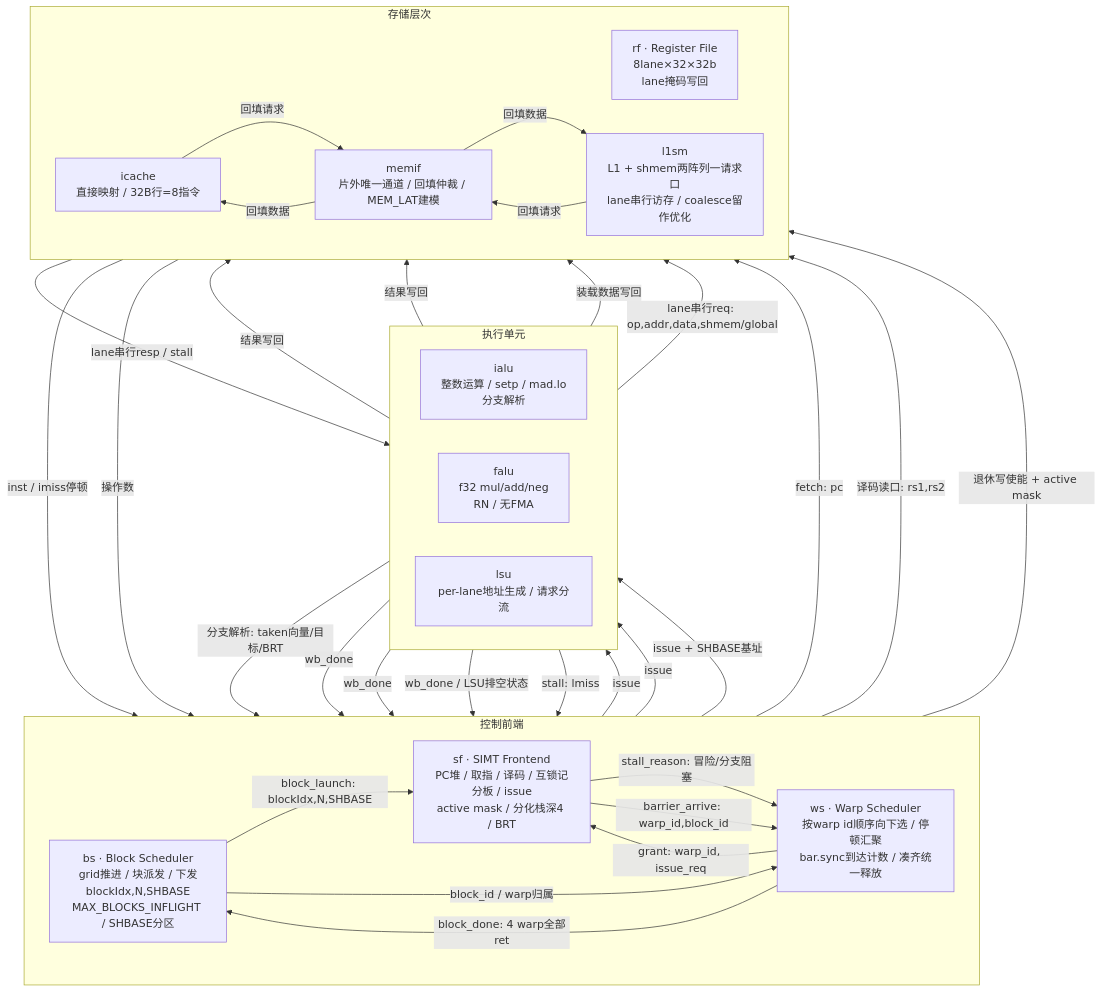
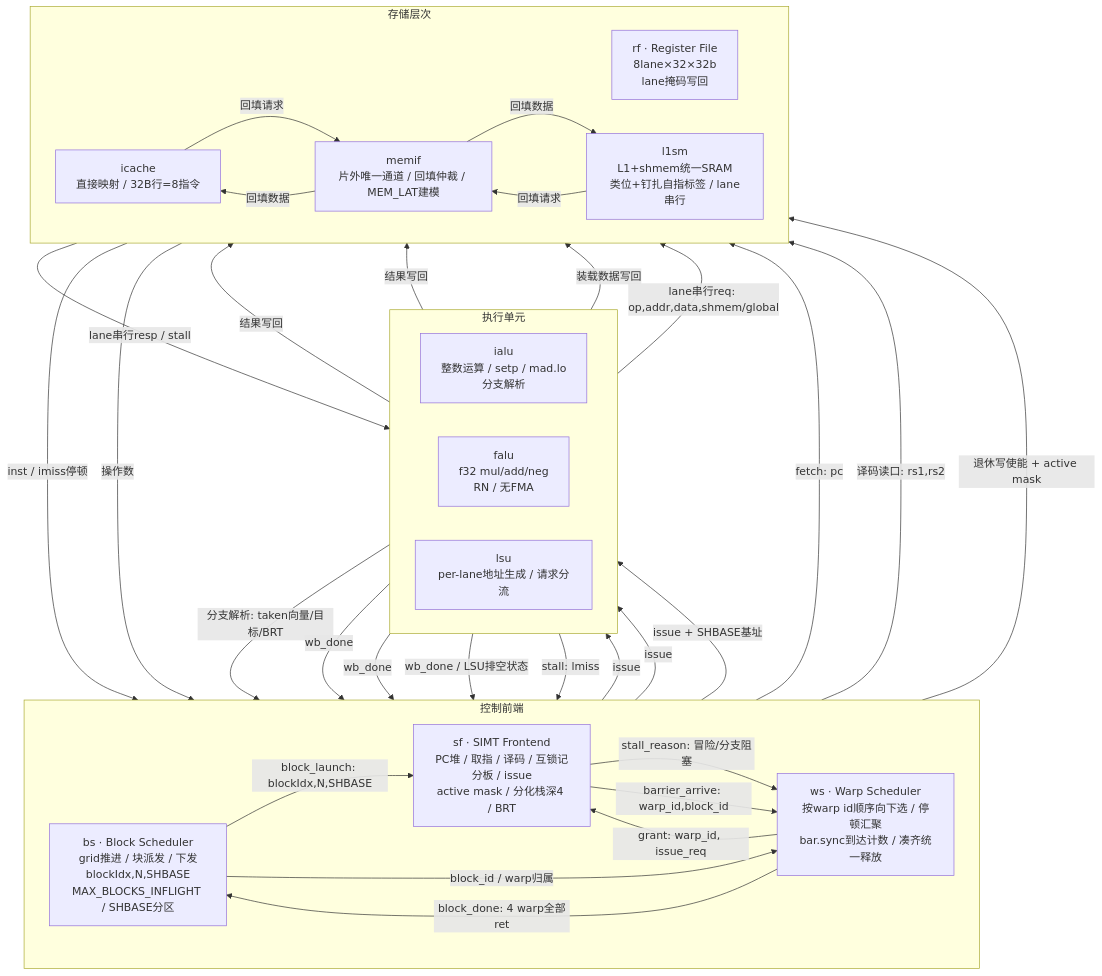
Before and after one commit to Up-desires-big-result/easy_simt: the diagram in top/docs/ma_spec_v0.1.md, drawn with Mermaid. The commit also changed other lines of this file and 2 other files, not shown here.

````diff
--- a/top/docs/ma_spec_v0.1.md
+++ b/top/docs/ma_spec_v0.1.md
@@ -238,68 +67,68 @@
 ```mermaid
 flowchart TB
   subgraph CTRL["控制前端"]
     direction LR
     bs["bs · Block Scheduler<br/>grid推进 / 块派发 / 下发blockIdx,N,SHBASE<br/>MAX_BLOCKS_INFLIGHT / SHBASE分区"]
     ws["ws · Warp Scheduler<br/>按warp id顺序向下选 / 停顿汇聚<br/>bar.sync到达计数 / 凑齐统一释放"]
     sf["sf · SIMT Frontend<br/>PC堆 / 取指 / 译码 / 互锁记分板 / issue<br/>active mask / 分化栈深4 / BRT"]
   end
 
   subgraph EXEC["执行单元"]
     direction LR
     ialu["ialu<br/>整数运算 / setp / mad.lo<br/>分支解析"]
     falu["falu<br/>f32 mul/add/neg<br/>RN / 无FMA"]
     lsu["lsu<br/>per-lane地址生成 / 请求分流"]
   end
 
   subgraph STOR["存储层次"]
     direction LR
     rf["rf · Register File<br/>8lane×32×32b<br/>lane掩码写回"]
     icache["icache<br/>直接映射 / 32B行=8指令"]
-    l1sm["l1sm<br/>L1 + shmem两阵列一请求口<br/>lane串行访存 / coalesce留作优化"]
+    l1sm["l1sm<br/>L1+shmem统一SRAM<br/>类位+钉扎自指标签 / lane串行"]
     memif["memif<br/>片外唯一通道 / 回填仲裁 / MEM_LAT建模"]
   end
 
   %% 块级控制
   bs -- "block_launch: blockIdx,N,SHBASE" --> sf
   bs -- "block_id / warp归属" --> ws
   ws -- "block_done: 4 warp全部ret" --> bs
 
   %% 发射对握
   ws -- "grant: warp_id, issue_req" --> sf
   sf -- "stall_reason: 冒险/分支阻塞" --> ws
   sf -- "barrier_arrive: warp_id,block_id" --> ws
 
   %% 取指
   sf -- "fetch: pc" --> icache
   icache -- "inst / imiss停顿" --> sf
 
   %% 寄存器堆
   sf -- "译码读口: rs1,rs2" --> rf
   rf -- "操作数" --> sf
   sf -- "退休写使能 + active mask" --> rf
 
   %% issue与分支回注
   sf -- "issue" --> ialu
   sf -- "issue" --> falu
   sf -- "issue + SHBASE基址" --> lsu
   ialu -- "分支解析: taken向量/目标/BRT" --> sf
 
   %% 写回与记分板
   ialu -- "结果写回" --> rf
   falu -- "结果写回" --> rf
   lsu -- "装载数据写回" --> rf
   ialu -- "wb_done" --> sf
   falu -- "wb_done" --> sf
   lsu -- "wb_done / LSU排空状态" --> sf
 
   %% 访存
   lsu -- "stall: lmiss" --> ws
   lsu -- "lane串行req: op,addr,data,shmem/global" --> l1sm
   l1sm -- "lane串行resp / stall" --> lsu
 
   %% 片外
   icache -- "回填请求" --> memif
   memif -- "回填数据" --> icache
   l1sm -- "回填请求" --> memif
   memif -- "回填数据" --> l1sm
 ```
````
